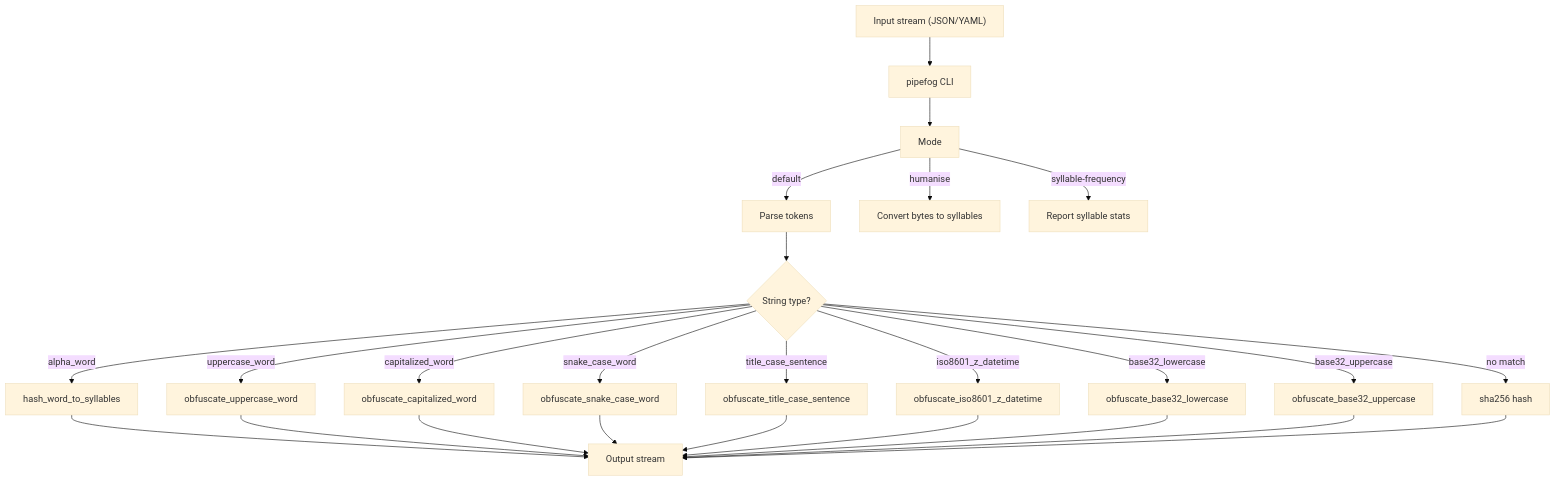
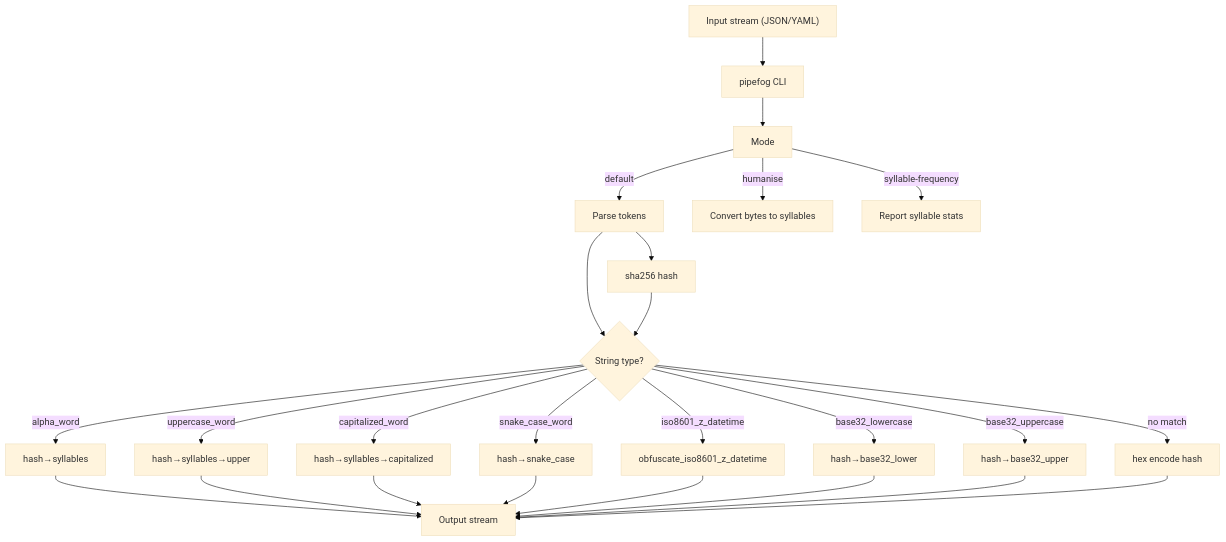
The diagram in README.md (renatgalimov/pipefog), drawn with Mermaid (base theme) before and after one commit. The commit also changed 5 other files, not shown here.

````diff
--- a/README.md
+++ b/README.md
@@ -37,27 +37,27 @@
 ```mermaid
 graph TD
     A["Input stream (JSON/YAML)"] --> B["pipefog CLI"]
     B --> C["Mode"]
     C -->|default| D1["Parse tokens"]
+    D1 --> H0["sha256 hash"]
     D1 --> D2{String type?}
-    D2 -->|alpha_word| H1["hash_word_to_syllables"]
-    D2 -->|uppercase_word| H2["obfuscate_uppercase_word"]
-    D2 -->|capitalized_word| H3["obfuscate_capitalized_word"]
-    D2 -->|snake_case_word| H4["obfuscate_snake_case_word"]
-    D2 -->|title_case_sentence| H5["obfuscate_title_case_sentence"]
-    D2 -->|iso8601_z_datetime| H6["obfuscate_iso8601_z_datetime"]
-    D2 -->|base32_lowercase| H7["obfuscate_base32_lowercase"]
-    D2 -->|base32_uppercase| H8["obfuscate_base32_uppercase"]
-    D2 -->|no match| H9["sha256 hash"]
+    H0 --> D2
+    D2 -->|alpha_word| H1["hash→syllables"]
+    D2 -->|uppercase_word| H2["hash→syllables→upper"]
+    D2 -->|capitalized_word| H3["hash→syllables→capitalized"]
+    D2 -->|snake_case_word| H4["hash→snake_case"]
+    D2 -->|iso8601_z_datetime| H5["obfuscate_iso8601_z_datetime"]
+    D2 -->|base32_lowercase| H6["hash→base32_lower"]
+    D2 -->|base32_uppercase| H7["hash→base32_upper"]
+    D2 -->|no match| H8["hex encode hash"]
     H1 --> E["Output stream"]
     H2 --> E
     H3 --> E
     H4 --> E
     H5 --> E
     H6 --> E
     H7 --> E
     H8 --> E
-    H9 --> E
     C -->|humanise| F["Convert bytes to syllables"]
     C -->|syllable-frequency| G["Report syllable stats"]
 ```
````
